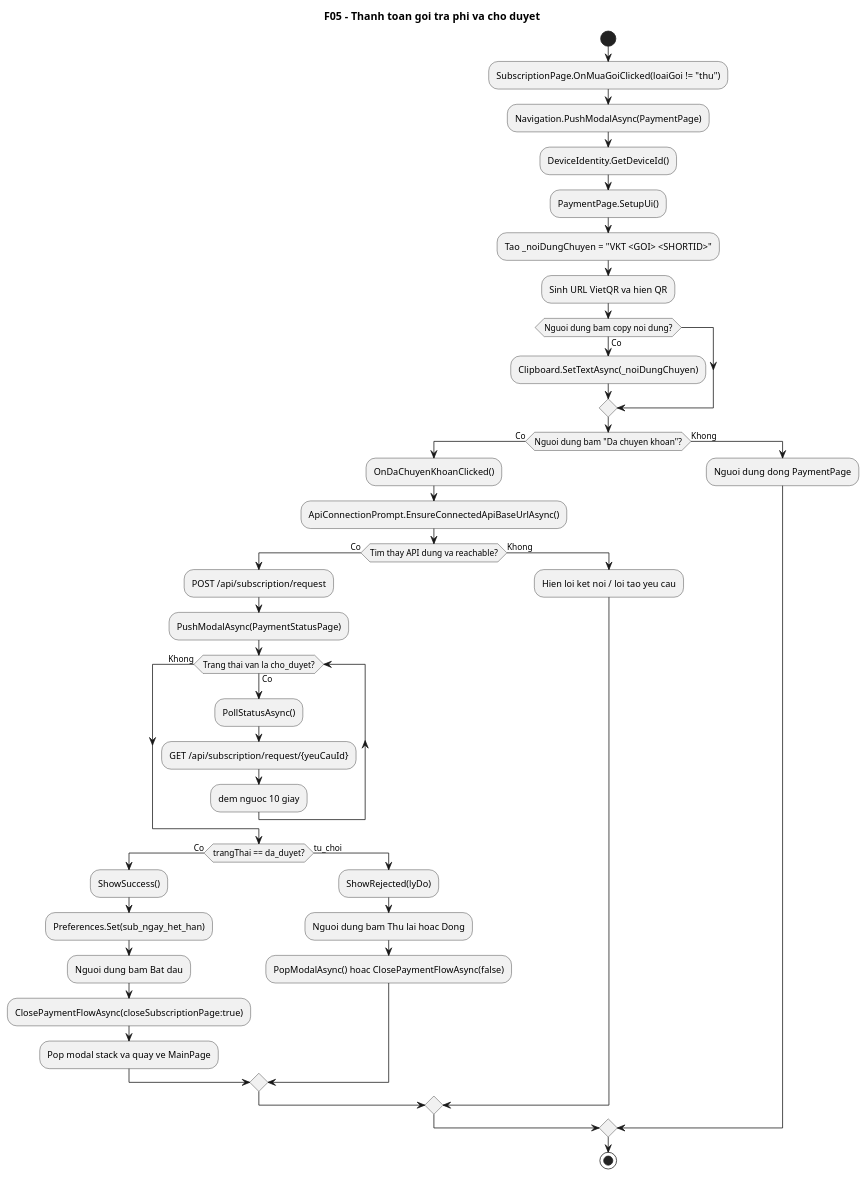
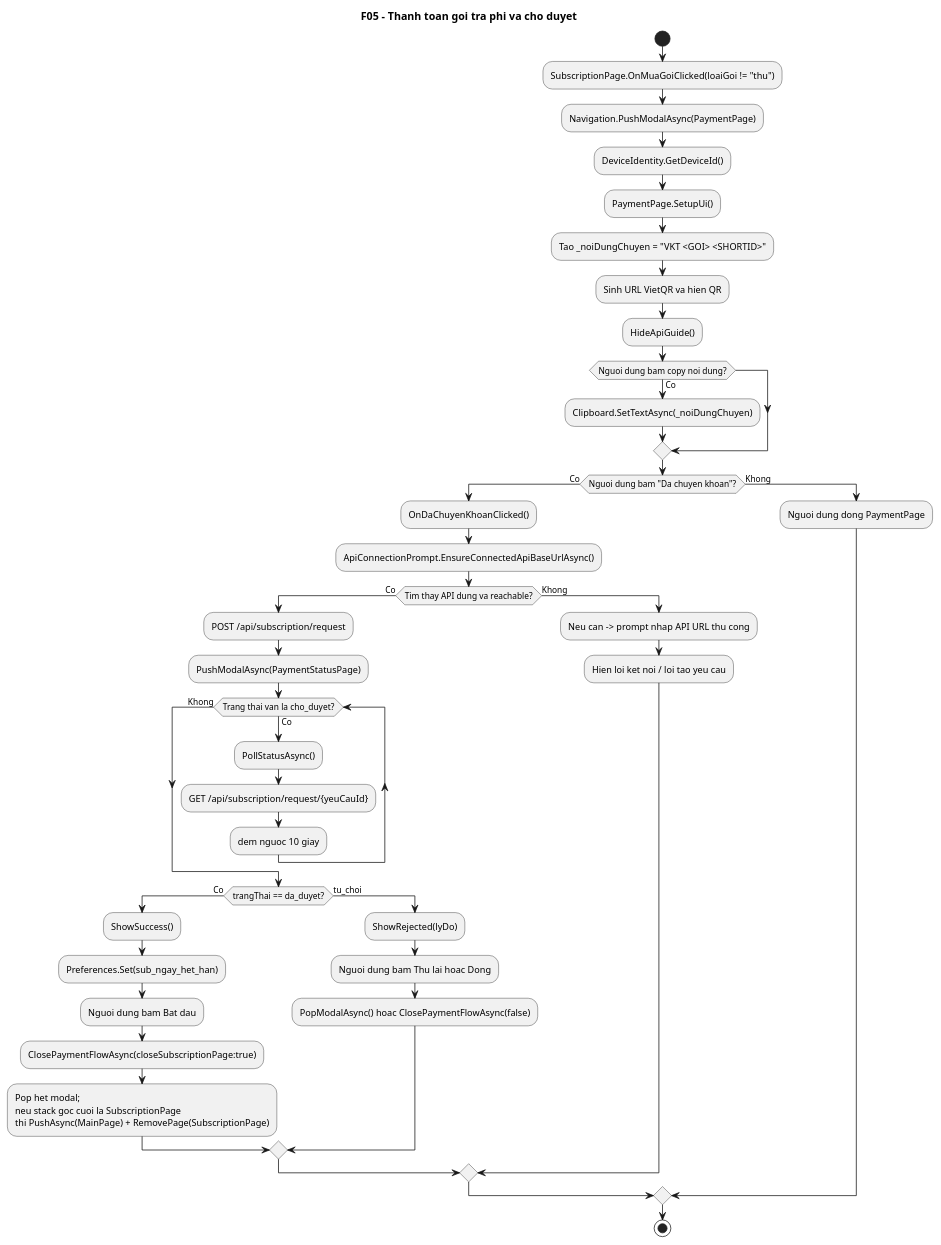
Before and after one commit to VoBao182/PhoAmThuc: the diagram in docs/diagrams/05-paid-plan-activity.puml, drawn with PlantUML. The commit also changed 11 other files, not shown here.

```diff
--- a/docs/diagrams/05-paid-plan-activity.puml
+++ b/docs/diagrams/05-paid-plan-activity.puml
@@ -1,55 +1,57 @@
 @startuml
 ' Diagram: F05 - Thanh toan goi tra phi va cho duyet (Activity)
 ' Status: VERIFIED
 ' Baseline: branch master, current worktree @ HEAD 3158ff7
 ' Source:
 ' - VinhKhanhTourDemo/PaymentPage.xaml.cs: SetupUi(), OnCopyNoiDungClicked(), OnDaChuyenKhoanClicked()
 ' - VinhKhanhTourDemo/DeviceIdentity.cs: GetDeviceId()
 ' - VinhKhanhTourDemo/ApiConnectionPrompt.cs: EnsureConnectedApiBaseUrlAsync()
 ' - VinhKhanhTourDemo/PaymentStatusPage.xaml.cs: OnAppearing(), StartPollingAsync(), PollStatusAsync(), ShowSuccess(), ShowRejected(), ClosePaymentFlowAsync()
 ' - VinhKhanhTour.API/Controllers/SubscriptionController.cs: CreateRequest(), GetRequestStatus()
-' Note: Luong thanh toan goi tra phi, polling 10 giay, va dong modal stack da khop voi PaymentPage/PaymentStatusPage hien tai.
+' Note: So do chi tiet hoa tao noi dung chuyen khoan/VietQR, prompt API URL, polling 10 giay, va cach dong modal stack sau khi duyet/tu choi.
 title F05 - Thanh toan goi tra phi va cho duyet
 start
 :SubscriptionPage.OnMuaGoiClicked(loaiGoi != "thu");
 :Navigation.PushModalAsync(PaymentPage);
 :DeviceIdentity.GetDeviceId();
 :PaymentPage.SetupUi();
 :Tao _noiDungChuyen = "VKT <GOI> <SHORTID>";
 :Sinh URL VietQR va hien QR;
+:HideApiGuide();
 
 if (Nguoi dung bam copy noi dung?) then (Co)
   :Clipboard.SetTextAsync(_noiDungChuyen);
 endif
 
 if (Nguoi dung bam "Da chuyen khoan"?) then (Co)
   :OnDaChuyenKhoanClicked();
   :ApiConnectionPrompt.EnsureConnectedApiBaseUrlAsync();
   if (Tim thay API dung va reachable?) then (Co)
     :POST /api/subscription/request;
     :PushModalAsync(PaymentStatusPage);
     while (Trang thai van la cho_duyet?) is (Co)
       :PollStatusAsync();
       :GET /api/subscription/request/{yeuCauId};
       :dem nguoc 10 giay;
     endwhile (Khong)
 
     if (trangThai == da_duyet?) then (Co)
       :ShowSuccess();
       :Preferences.Set(sub_ngay_het_han);
       :Nguoi dung bam Bat dau;
       :ClosePaymentFlowAsync(closeSubscriptionPage:true);
-      :Pop modal stack va quay ve MainPage;
+      :Pop het modal;\nneu stack goc cuoi la SubscriptionPage\nthi PushAsync(MainPage) + RemovePage(SubscriptionPage);
     else (tu_choi)
       :ShowRejected(lyDo);
       :Nguoi dung bam Thu lai hoac Dong;
       :PopModalAsync() hoac ClosePaymentFlowAsync(false);
     endif
   else (Khong)
+    :Neu can -> prompt nhap API URL thu cong;
     :Hien loi ket noi / loi tao yeu cau;
   endif
 else (Khong)
   :Nguoi dung dong PaymentPage;
 endif
 stop
 @enduml
```
